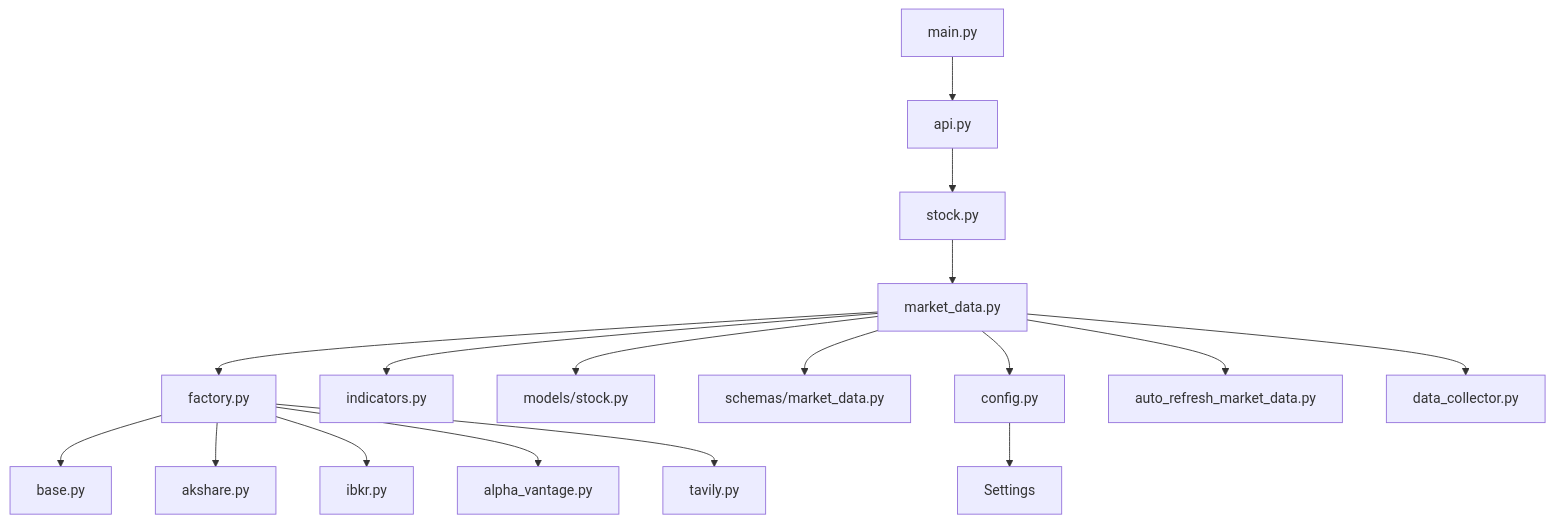
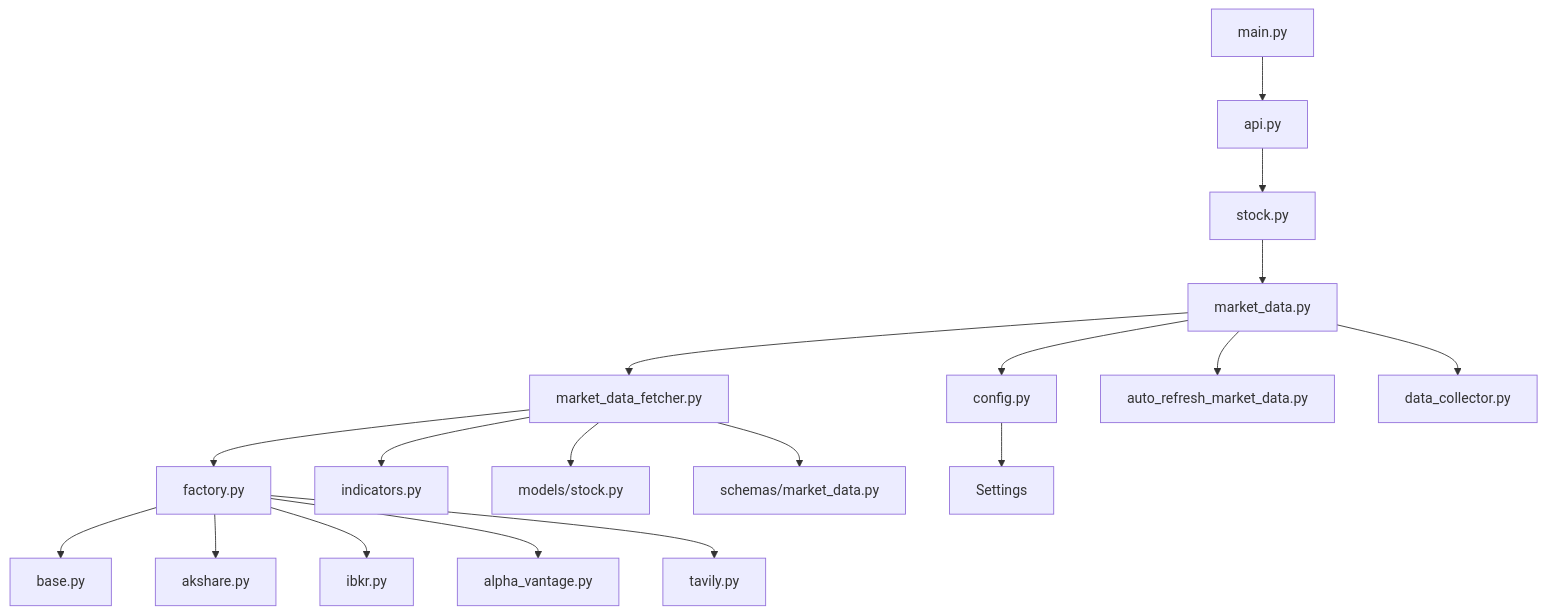
Diagram 19 of 19 in .qoder/repowiki/zh/content/后端开发指南/业务服务实现/市场数据提供商架构.md (breeze-lyf/ai-stock-advisor), drawn with Mermaid before and after one commit. The commit also changed other lines of this file and 52 other files, not shown here.

Commit message:
Remove Alpha Vantage provider, enhance Akshare with retry and forced proxy for reliable market data, and introduce user notification settings with corresponding database migrations and frontend updates.

````diff
--- a/.qoder/repowiki/zh/content/后端开发指南/业务服务实现/市场数据提供商架构.md
+++ b/.qoder/repowiki/zh/content/后端开发指南/业务服务实现/市场数据提供商架构.md
@@ -865,19 +916,20 @@
 ```mermaid
 graph TD
 MAIN[main.py] --> API[api.py]
 API --> STOCK[stock.py]
 STOCK --> SERVICE[market_data.py]
-SERVICE --> FACTORY[factory.py]
-SERVICE --> INDICATORS[indicators.py]
-SERVICE --> MODELS[models/stock.py]
-SERVICE --> SCHEMAS[schemas/market_data.py]
+SERVICE --> FETCHER[market_data_fetcher.py]
+FETCHER --> FACTORY[factory.py]
+FETCHER --> INDICATORS[indicators.py]
+FETCHER --> MODELS[models/stock.py]
+FETCHER --> SCHEMAS[schemas/market_data.py]
 FACTORY --> BASE[base.py]
 FACTORY --> AK[akshare.py]
 FACTORY --> IB[ibkr.py]
 FACTORY --> AV[alpha_vantage.py]
 FACTORY --> TV[tavily.py]
 SERVICE --> CONFIG[config.py]
 CONFIG --> SETTINGS[Settings]
 SERVICE --> AUTO_REFRESH[auto_refresh_market_data.py]
 SERVICE --> DATA_COLLECTOR[data_collector.py]
 ```
````
